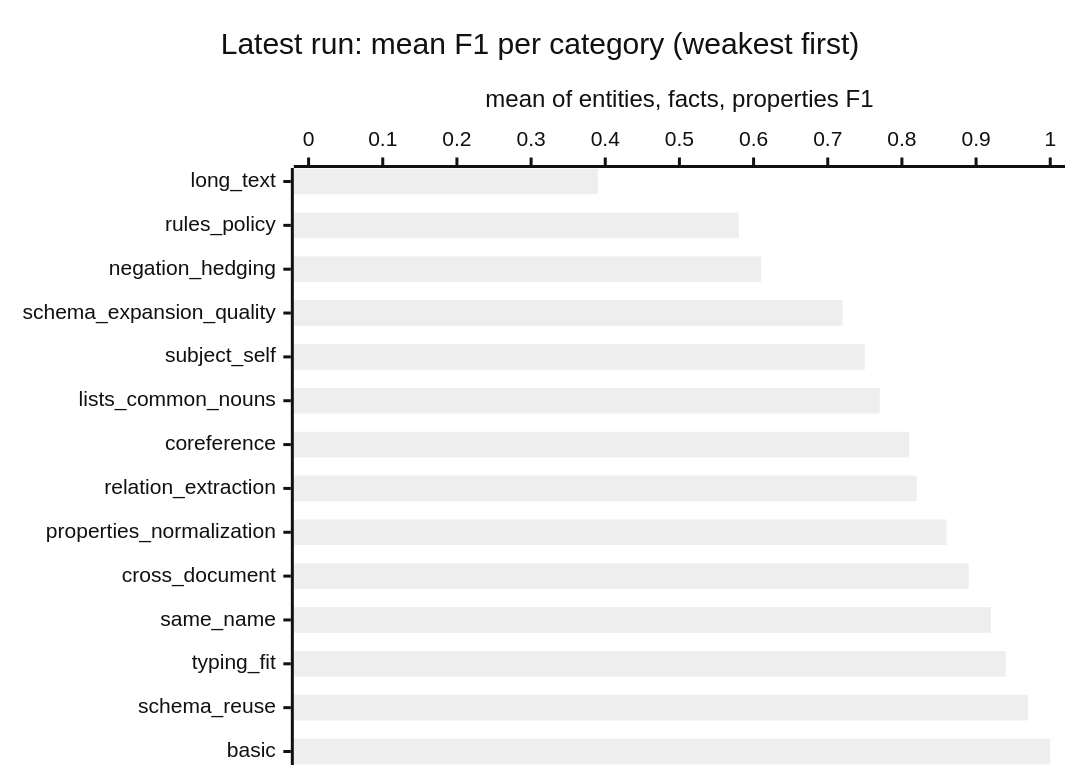
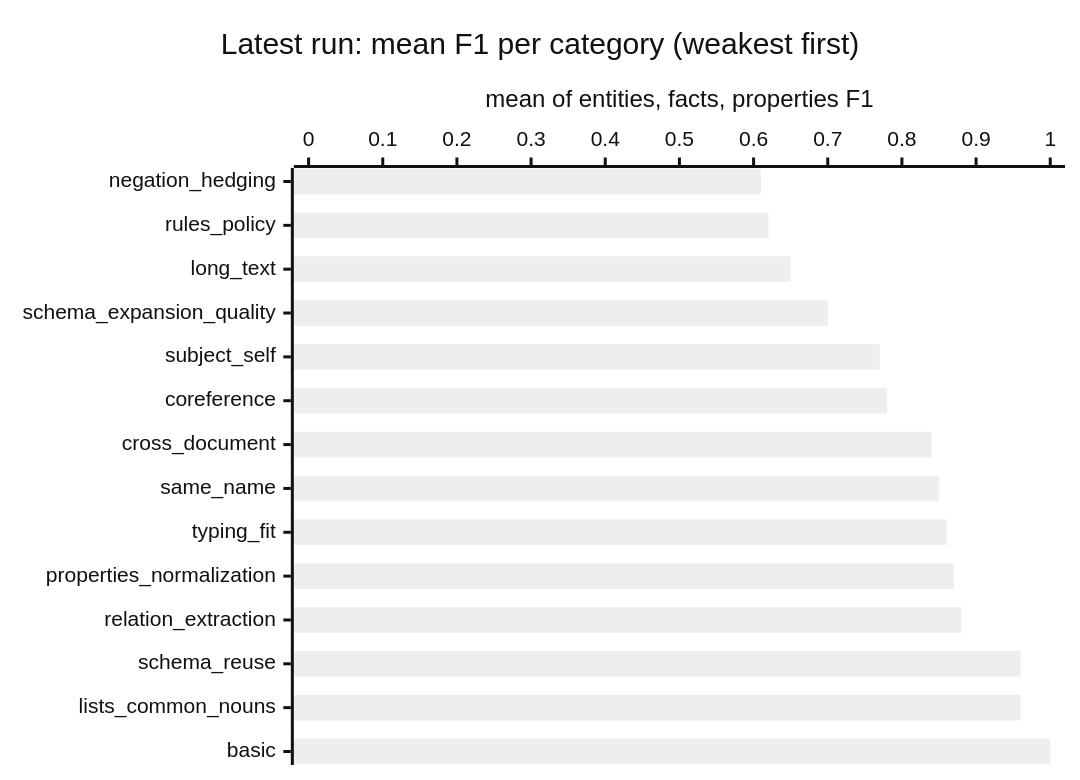
One commit to megagonlabs/blue-data-kb-source changed the second of 2 diagrams in lib/tests/benchmarks/extraction/results/README.md. Above: the diagram before and after it, drawn with Mermaid (neutral theme). The commit also changed other lines of this file and 1 other file, not shown here.

First line of the commit message:
extraction benchmark: record the full run after the P0/P1 fixes

````diff
--- a/lib/tests/benchmarks/extraction/results/README.md
+++ b/lib/tests/benchmarks/extraction/results/README.md
@@ -39,7 +39,7 @@
 ```mermaid
 xychart-beta horizontal
     title "Latest run: mean F1 per category (weakest first)"
-    x-axis ["long_text", "rules_policy", "negation_hedging", "schema_expansion_quality", "subject_self", "lists_common_nouns", "coreference", "relation_extraction", "properties_normalization", "cross_document", "same_name", "typing_fit", "schema_reuse", "basic"]
+    x-axis ["negation_hedging", "rules_policy", "long_text", "schema_expansion_quality", "subject_self", "coreference", "cross_document", "same_name", "typing_fit", "properties_normalization", "relation_extraction", "schema_reuse", "lists_common_nouns", "basic"]
     y-axis "mean of entities, facts, properties F1" 0 --> 1
-    bar [0.39, 0.58, 0.61, 0.72, 0.75, 0.77, 0.81, 0.82, 0.86, 0.89, 0.92, 0.94, 0.97, 1.00]
+    bar [0.61, 0.62, 0.65, 0.70, 0.77, 0.78, 0.84, 0.85, 0.86, 0.87, 0.88, 0.96, 0.96, 1.00]
 ```
````
